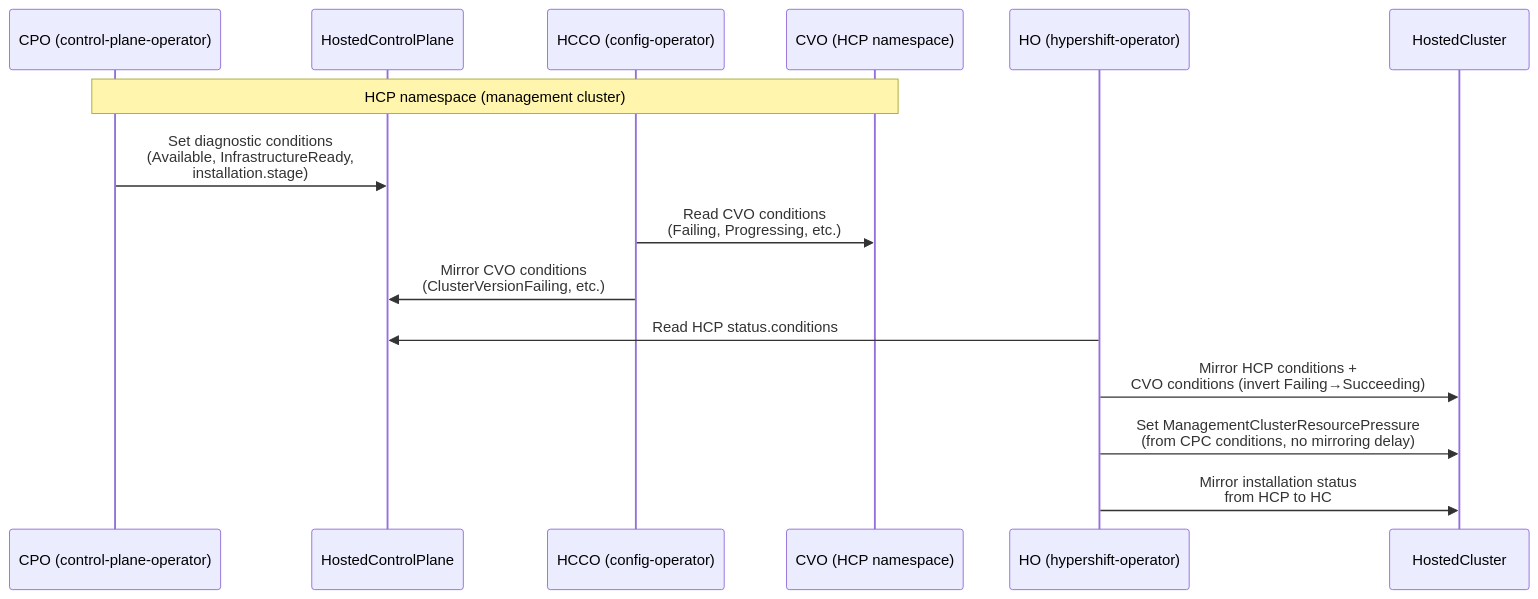
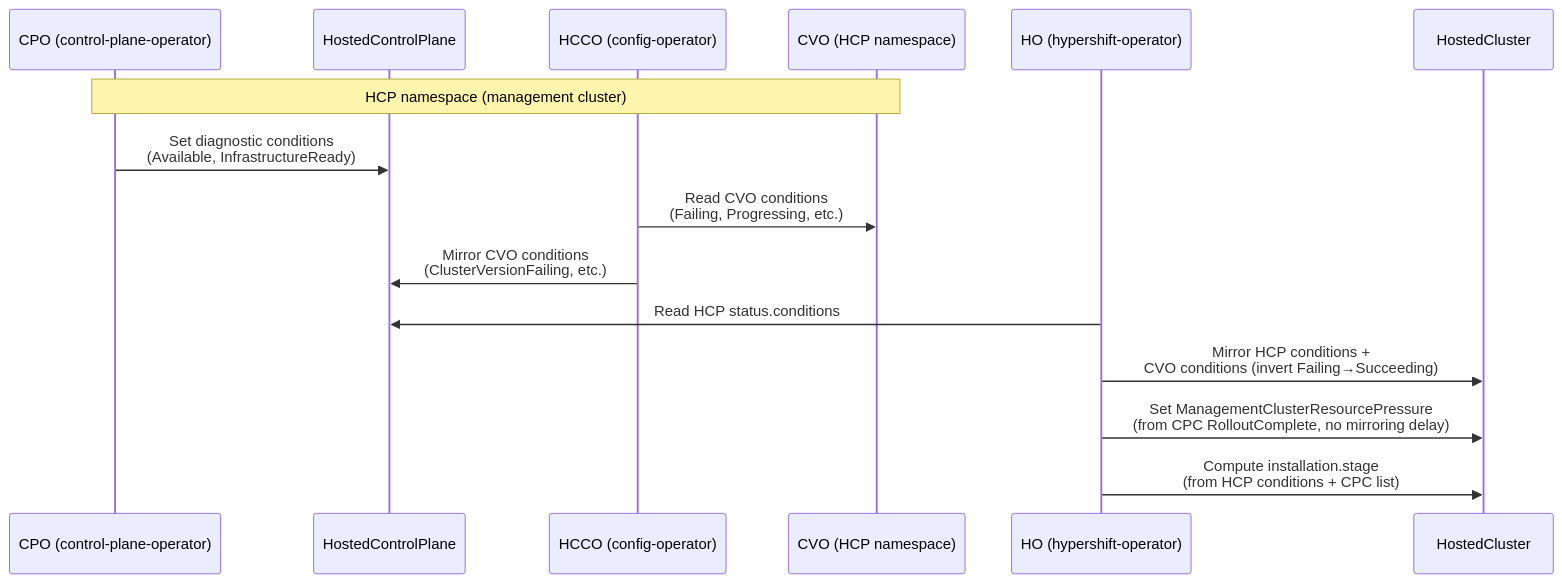
One commit to openshift/enhancements changed the first of 3 diagrams in enhancements/hypershift/installation-failure-debuggability.md. Above: the diagram before and after it, drawn with Mermaid. The commit also changed other lines of this file, not shown here.

````diff
--- a/enhancements/hypershift/installation-failure-debuggability.md
+++ b/enhancements/hypershift/installation-failure-debuggability.md
@@ -230,19 +232,19 @@
 ```mermaid
 sequenceDiagram
     participant CPO as CPO (control-plane-operator)
     participant HCP as HostedControlPlane
     participant HCCO as HCCO (config-operator)
     participant CVO as CVO (HCP namespace)
     participant HO as HO (hypershift-operator)
     participant HC as HostedCluster
 
     Note over CPO,CVO: HCP namespace (management cluster)
 
-    CPO->>HCP: Set diagnostic conditions<br/>(Available, InfrastructureReady,<br/>installation.stage)
+    CPO->>HCP: Set diagnostic conditions<br/>(Available, InfrastructureReady)
     HCCO->>CVO: Read CVO conditions<br/>(Failing, Progressing, etc.)
     HCCO->>HCP: Mirror CVO conditions<br/>(ClusterVersionFailing, etc.)
     HO->>HCP: Read HCP status.conditions
     HO->>HC: Mirror HCP conditions +<br/>CVO conditions (invert Failing→Succeeding)
-    HO->>HC: Set ManagementClusterResourcePressure<br/>(from CPC conditions, no mirroring delay)
-    HO->>HC: Mirror installation status<br/>from HCP to HC
+    HO->>HC: Set ManagementClusterResourcePressure<br/>(from CPC RolloutComplete, no mirroring delay)
+    HO->>HC: Compute installation.stage<br/>(from HCP conditions + CPC list)
 ```
````
